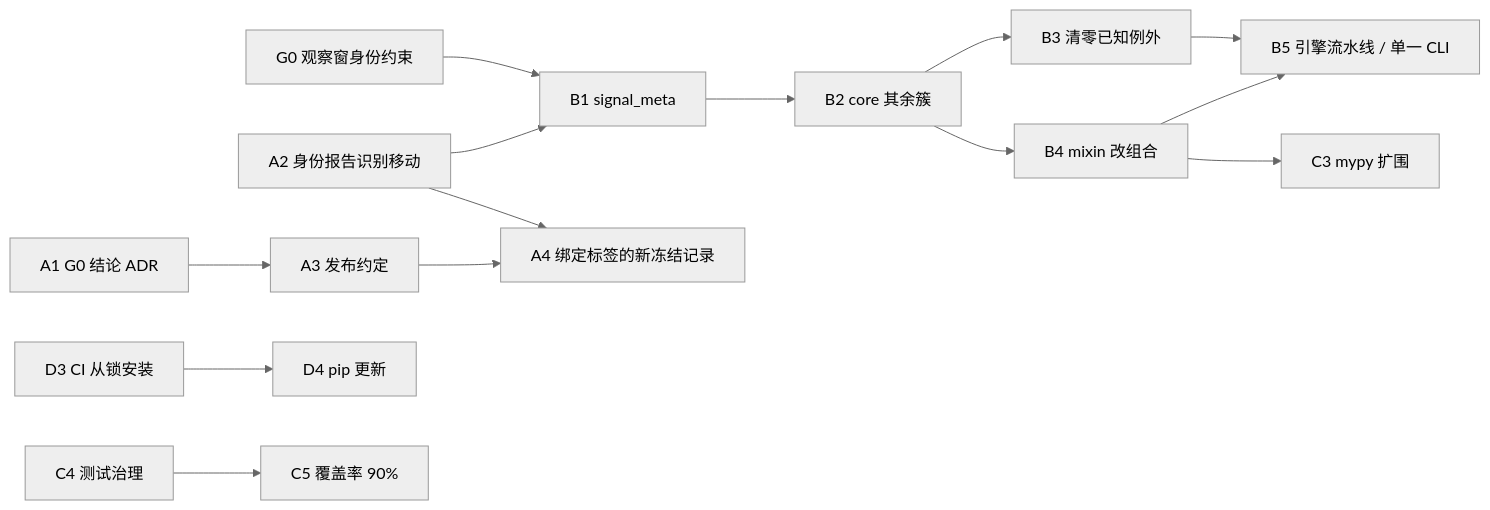
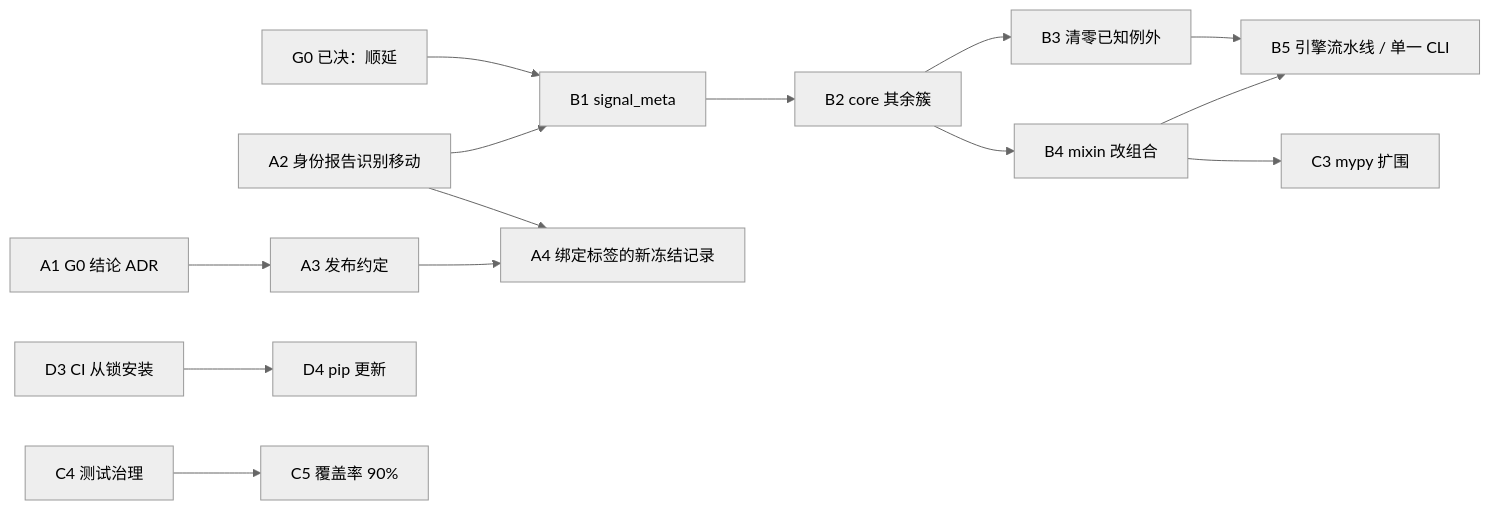
The diagram in docs/infrastructure_roadmap.md (user-nmmmmm/QuantTradingV2), drawn with Mermaid (neutral theme) before and after one commit. The commit also changed other lines of this file and 16 other files, not shown here.

````diff
--- a/docs/infrastructure_roadmap.md
+++ b/docs/infrastructure_roadmap.md
@@ -109,16 +105,16 @@
 ```mermaid
 flowchart LR
-  G0["G0 观察窗身份约束"] --> B1["B1 signal_meta"]
+  G0["G0 已决：顺延"] --> B1["B1 signal_meta"]
   A1["A1 G0 结论 ADR"] --> A3["A3 发布约定"]
   A2["A2 身份报告识别移动"] --> B1
   A2 --> A4["A4 绑定标签的新冻结记录"]
   A3 --> A4
   B1 --> B2["B2 core 其余簇"]
   B2 --> B3["B3 清零已知例外"]
   B2 --> B4["B4 mixin 改组合"]
   B3 --> B5["B5 引擎流水线 / 单一 CLI"]
   B4 --> B5
   B4 --> C3["C3 mypy 扩围"]
   D3["D3 CI 从锁安装"] --> D4["D4 pip 更新"]
   C4["C4 测试治理"] --> C5["C5 覆盖率 90%"]
 ```
````
